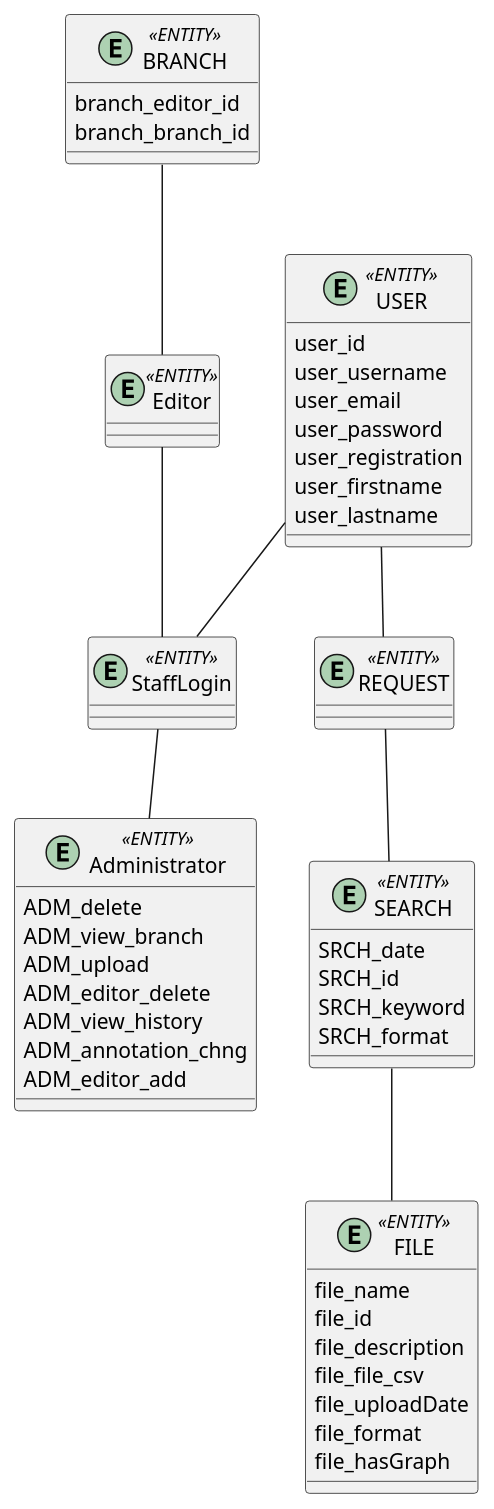
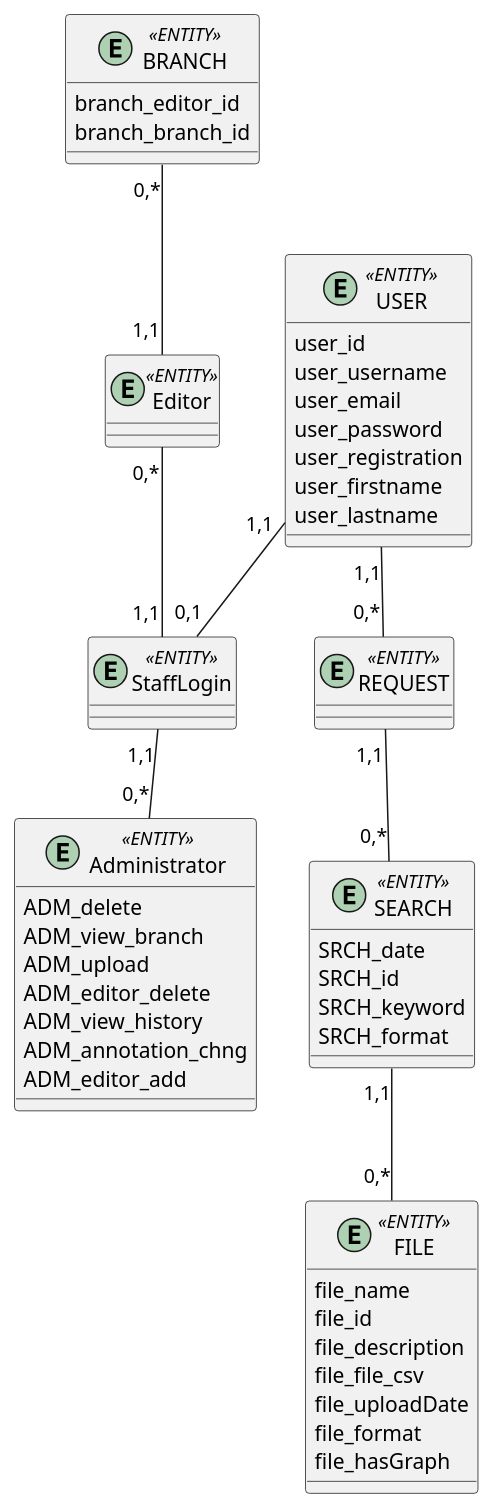
One commit to ELSheadali/IO-16_open-data-management-system changed the second of 2 diagrams in docs/design/README.md. Above: the diagram before and after it, drawn with PlantUML.

```diff
--- a/docs/design/README.md
+++ b/docs/design/README.md
@@ -94,66 +94,65 @@
 @startuml 
-
 
 entity USER <<ENTITY>>{
 user_id
 user_username
 user_email
 user_password
 user_registration
 user_firstname
 user_lastname
 }
 
 entity StaffLogin <<ENTITY>>{
 
 }
 
 entity Administrator <<ENTITY>>{
 ADM_delete
 ADM_view_branch
 ADM_upload
 ADM_editor_delete
 ADM_view_history
 ADM_annotation_chng
 ADM_editor_add
 }
 
 entity Editor <<ENTITY>>{
 }
 
 entity BRANCH <<ENTITY>> {
 branch_editor_id
 branch_branch_id
 }
 
 entity REQUEST <<ENTITY>>{
 }
 
 entity SEARCH <<ENTITY>>{
 SRCH_date
 SRCH_id
 SRCH_keyword
 SRCH_format
 }
 
 entity FILE <<ENTITY>> {
 file_name
 file_id
 file_description
 file_file_csv
 file_uploadDate
 file_format
 file_hasGraph
 }
 
 
 
-USER -- REQUEST
-REQUEST -- SEARCH
-SEARCH -- FILE
-USER -- StaffLogin
-StaffLogin -- Administrator
-Editor -- StaffLogin
-BRANCH -- Editor
+USER"1,1" -- "0,*"REQUEST
+REQUEST"1,1" -- "0,*"SEARCH
+SEARCH"1,1" -- "0,*"FILE
+USER "1,1"--"0,1" StaffLogin
+StaffLogin"1,1" -- "0,*"Administrator
+Editor"0,*" -- "1,1"StaffLogin
+BRANCH"0,*" -- "1,1"Editor
   
 @enduml
```
